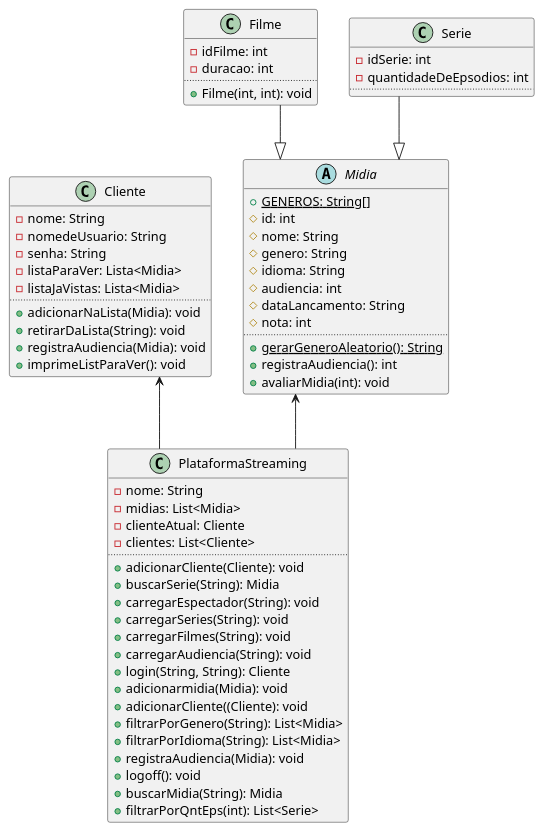
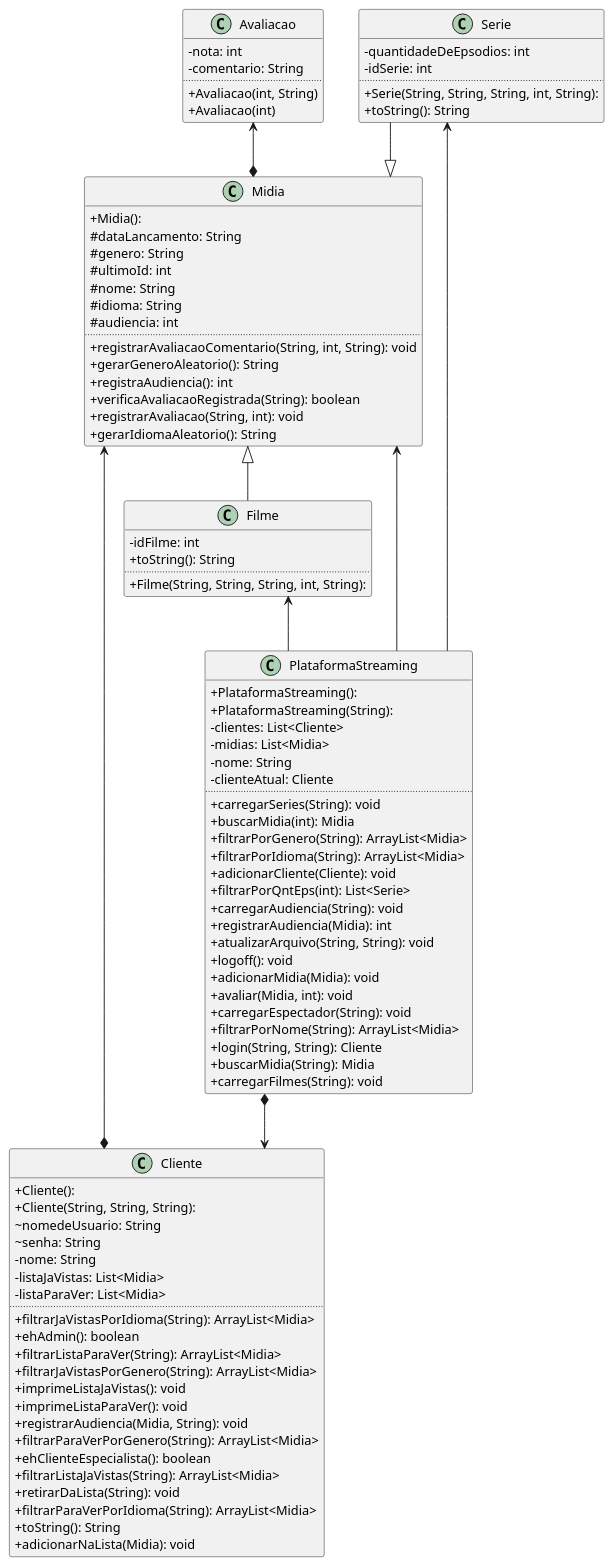
Before and after one commit to DisciplinasProgramacao/lpm_projetos_3_4_5-grupo2: the diagram in docs/diagramas/UML.plantuml, drawn with PlantUML. The commit also changed 2 other files, not shown here.

Commit message:
UML versão 4

```diff
--- a/docs/diagramas/UML.plantuml
+++ b/docs/diagramas/UML.plantuml
@@ -1,72 +1,107 @@
 @startuml
 skinparam linetype ortho
+skinparam classAttributeIconSize 0
+
+class Avaliacao {
+  - nota: int
+  - comentario: String
+  ..
+  + Avaliacao(int, String)
+  + Avaliacao(int)
+}
 
 class Cliente {
+  + Cliente():
+  + Cliente(String, String, String):
+  ~ nomedeUsuario: String
+  ~ senha: String
   - nome: String
-  - nomedeUsuario: String
-  - senha: String
-  - listaParaVer: Lista<Midia>
-  - listaJaVistas: Lista<Midia>
+  - listaJaVistas: List<Midia>
+  - listaParaVer: List<Midia>
   ..
+  + filtrarJaVistasPorIdioma(String): ArrayList<Midia>
+  + ehAdmin(): boolean
+  + filtrarListaParaVer(String): ArrayList<Midia>
+  + filtrarJaVistasPorGenero(String): ArrayList<Midia>
+  + imprimeListaJaVistas(): void
+  + imprimeListaParaVer(): void
+  + registrarAudiencia(Midia, String): void
+  + filtrarParaVerPorGenero(String): ArrayList<Midia>
+  + ehClienteEspecialista(): boolean
+  + filtrarListaJaVistas(String): ArrayList<Midia>
+  + retirarDaLista(String): void
+  + filtrarParaVerPorIdioma(String): ArrayList<Midia>
+  + toString(): String
   + adicionarNaLista(Midia): void
-  + retirarDaLista(String): void
-  + registraAudiencia(Midia): void
-  + imprimeListParaVer(): void
 }
 
-abstract class Midia {
-  + {static} GENEROS: String[]
-  # id: int
+class Filme {
+  - idFilme: int
+  + toString(): String
+  ..
+  + Filme(String, String, String, int, String):
+}
+
+class Midia {
+  + Midia():
+  # dataLancamento: String
+  # genero: String
+  # ultimoId: int
   # nome: String
-  # genero: String
   # idioma: String
   # audiencia: int
-  # dataLancamento: String
-  # nota: int
   ..
-  + {static} gerarGeneroAleatorio(): String
+  + registrarAvaliacaoComentario(String, int, String): void
+  + gerarGeneroAleatorio(): String
   + registraAudiencia(): int
-  + avaliarMidia(int): void
+  + verificaAvaliacaoRegistrada(String): boolean
+  + registrarAvaliacao(String, int): void
+  + gerarIdiomaAleatorio(): String
 }
 
-class Filme{
-  - idFilme: int
-  - duracao: int
+class PlataformaStreaming {
+  + PlataformaStreaming():
+  + PlataformaStreaming(String):
+  - clientes: List<Cliente>
+  - midias: List<Midia>
+  - nome: String
+  - clienteAtual: Cliente
   ..
-  +Filme(int, int): void
+  + carregarSeries(String): void
+  + buscarMidia(int): Midia
+  + filtrarPorGenero(String): ArrayList<Midia>
+  + filtrarPorIdioma(String): ArrayList<Midia>
+  + adicionarCliente(Cliente): void
+  + filtrarPorQntEps(int): List<Serie>
+  + carregarAudiencia(String): void
+  + registrarAudiencia(Midia): int
+  + atualizarArquivo(String, String): void
+  + logoff(): void
+  + adicionarMidia(Midia): void
+  + avaliar(Midia, int): void
+  + carregarEspectador(String): void
+  + filtrarPorNome(String): ArrayList<Midia>
+  + login(String, String): Cliente
+  + buscarMidia(String): Midia
+  + carregarFilmes(String): void
 }
 
 class Serie {
+  - quantidadeDeEpsodios: int
   - idSerie: int
-  - quantidadeDeEpsodios: int
   ..
+  + Serie(String, String, String, int, String):
+  + toString(): String
 }
 
-class PlataformaStreaming {
-  - nome: String
-  - midias: List<Midia>
-  - clienteAtual: Cliente
-  - clientes: List<Cliente>
-  ..
-  + adicionarCliente(Cliente): void
-  + buscarSerie(String): Midia
-  + carregarEspectador(String): void
-  + carregarSeries(String): void
-  + carregarFilmes(String): void
-  + carregarAudiencia(String): void
-  + login(String, String): Cliente
-  + adicionarmidia(Midia): void
-  + adicionarCliente((Cliente): void
-  + filtrarPorGenero(String): List<Midia>
-  + filtrarPorIdioma(String): List<Midia>
-  + registraAudiencia(Midia): void
-  + logoff(): void
-  + buscarMidia(String): Midia
-  + filtrarPorQntEps(int): List<Serie>
-}
+Midia  <--  PlataformaStreaming
+Midia  <|--  Filme
+Serie  --|>  Midia
+Avaliacao  <--*  Midia
+Filme  <--  PlataformaStreaming
+Serie  <--  PlataformaStreaming
+Cliente  *-->  Midia
+PlataformaStreaming  *--> Cliente
 
-Filme --|> Midia
-Serie --|> Midia
-Midia <-- PlataformaStreaming
-Cliente <-- PlataformaStreaming
+
 @enduml
```
